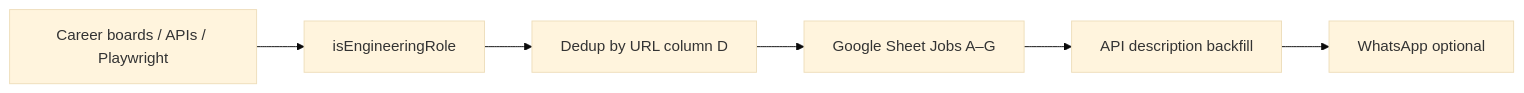
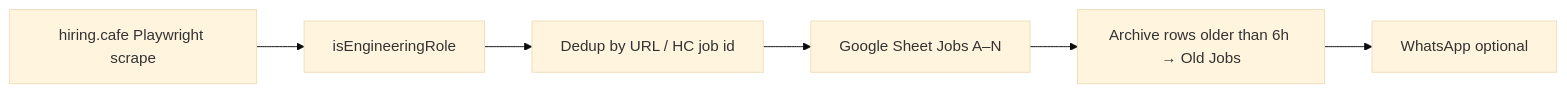
One commit to koundinyapidaparthydev/koundinyaportfolio changed the diagram in docs/JOBS-PIPELINE.md. Above: the diagram before and after it, drawn with Mermaid (base theme). The commit also changed other lines of this file and 27 other files, not shown here.

````diff
--- a/docs/JOBS-PIPELINE.md
+++ b/docs/JOBS-PIPELINE.md
@@ -11,9 +13,9 @@
 ```mermaid
 flowchart LR
-  ATS[Career boards / APIs / Playwright]
-  ATS --> Filter[isEngineeringRole]
-  Filter --> Dedup[Dedup by URL column D]
-  Dedup --> Sheet[Google Sheet Jobs A–G]
-  Sheet --> Backfill[API description backfill]
-  Backfill --> Notify[WhatsApp optional]
+  HC[hiring.cafe Playwright scrape]
+  HC --> Filter[isEngineeringRole]
+  Filter --> Dedup[Dedup by URL / HC job id]
+  Dedup --> Sheet[Google Sheet Jobs A–N]
+  Sheet --> Archive[Archive rows older than 6h → Old Jobs]
+  Archive --> Notify[WhatsApp optional]
 ```
````
